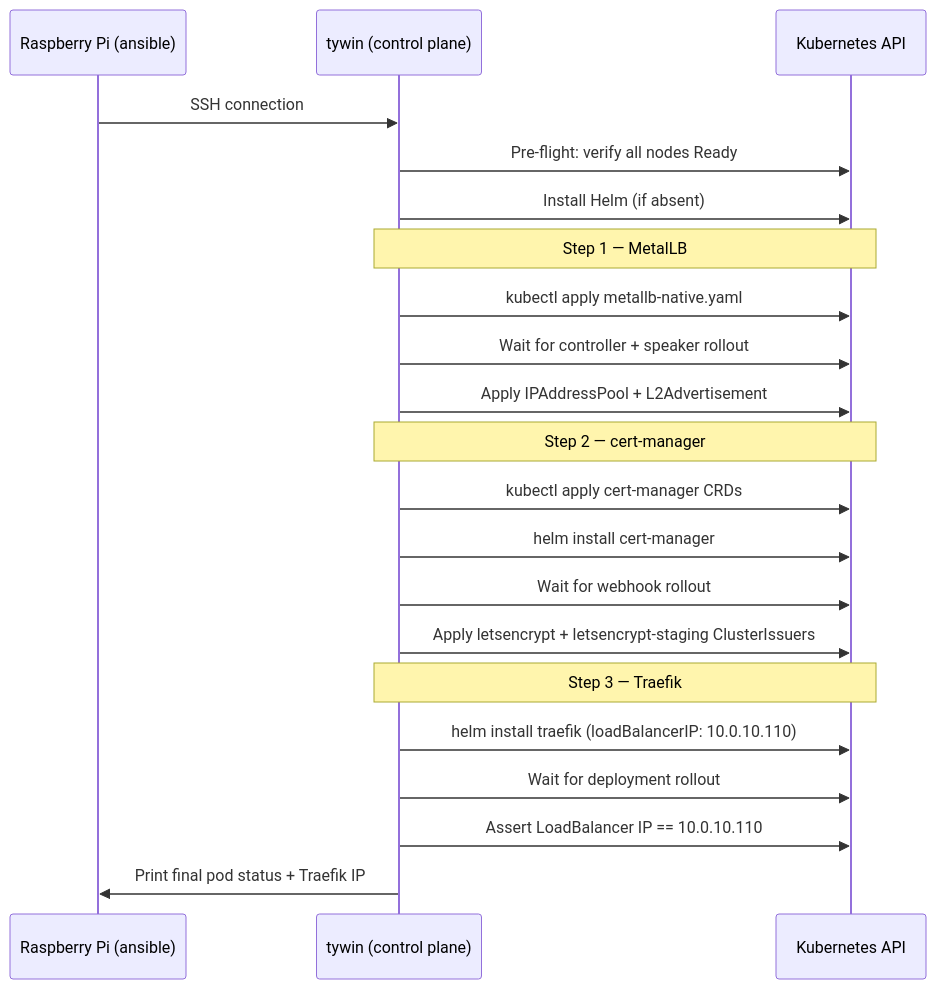
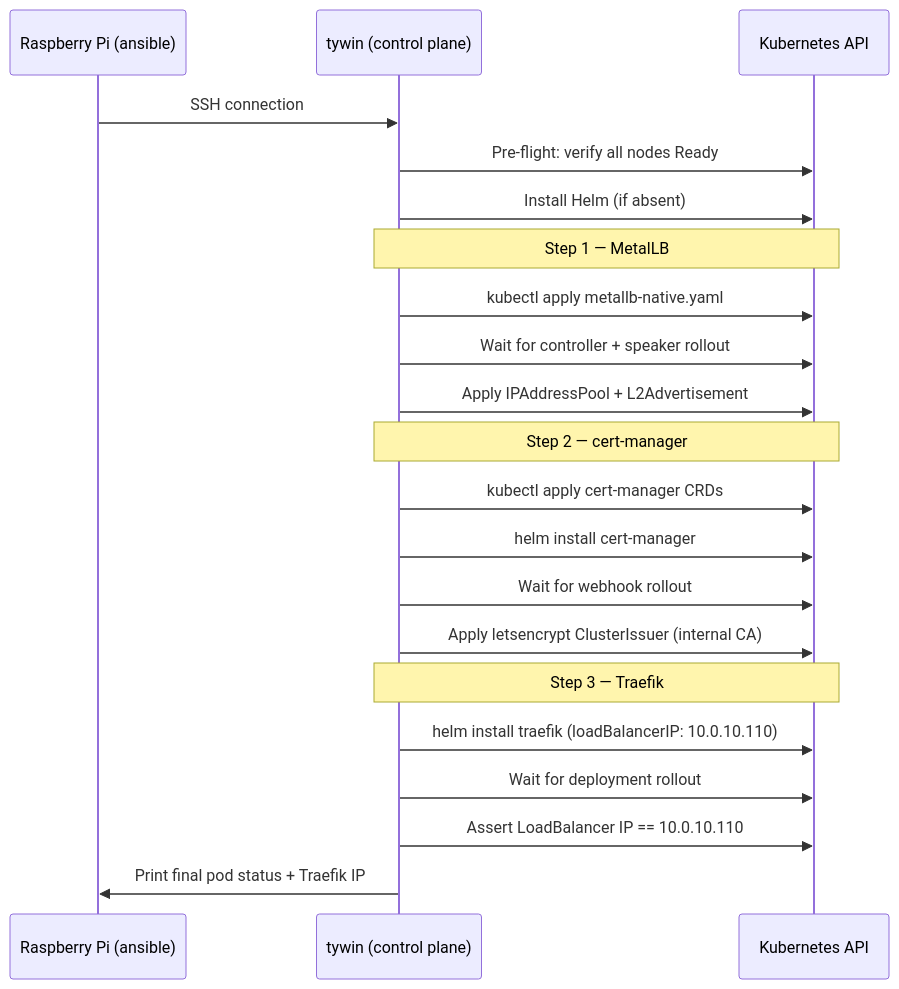
Before and after one commit to Kagiso-me/homelab-infrastructure: the second of 3 diagrams in docs/guides/03-Networking-Platform.md, drawn with Mermaid. The commit also changed other lines of this file and 4 other files, not shown here.

First line of the commit message:
refactor: consolidate to Cloudflare Tunnel, remove letsencrypt-staging

````diff
--- a/docs/guides/03-Networking-Platform.md
+++ b/docs/guides/03-Networking-Platform.md
@@ -194,28 +197,28 @@
 ```mermaid
 sequenceDiagram
     participant RPi as Raspberry Pi (ansible)
     participant CP as tywin (control plane)
     participant K8s as Kubernetes API
 
     RPi->>CP: SSH connection
     CP->>K8s: Pre-flight: verify all nodes Ready
     CP->>K8s: Install Helm (if absent)
 
     Note over CP,K8s: Step 1 — MetalLB
     CP->>K8s: kubectl apply metallb-native.yaml
     CP->>K8s: Wait for controller + speaker rollout
     CP->>K8s: Apply IPAddressPool + L2Advertisement
 
     Note over CP,K8s: Step 2 — cert-manager
     CP->>K8s: kubectl apply cert-manager CRDs
     CP->>K8s: helm install cert-manager
     CP->>K8s: Wait for webhook rollout
-    CP->>K8s: Apply letsencrypt + letsencrypt-staging ClusterIssuers
+    CP->>K8s: Apply letsencrypt ClusterIssuer (internal CA)
 
     Note over CP,K8s: Step 3 — Traefik
     CP->>K8s: helm install traefik (loadBalancerIP: 10.0.10.110)
     CP->>K8s: Wait for deployment rollout
     CP->>K8s: Assert LoadBalancer IP == 10.0.10.110
 
     CP->>RPi: Print final pod status + Traefik IP
 ```
````
